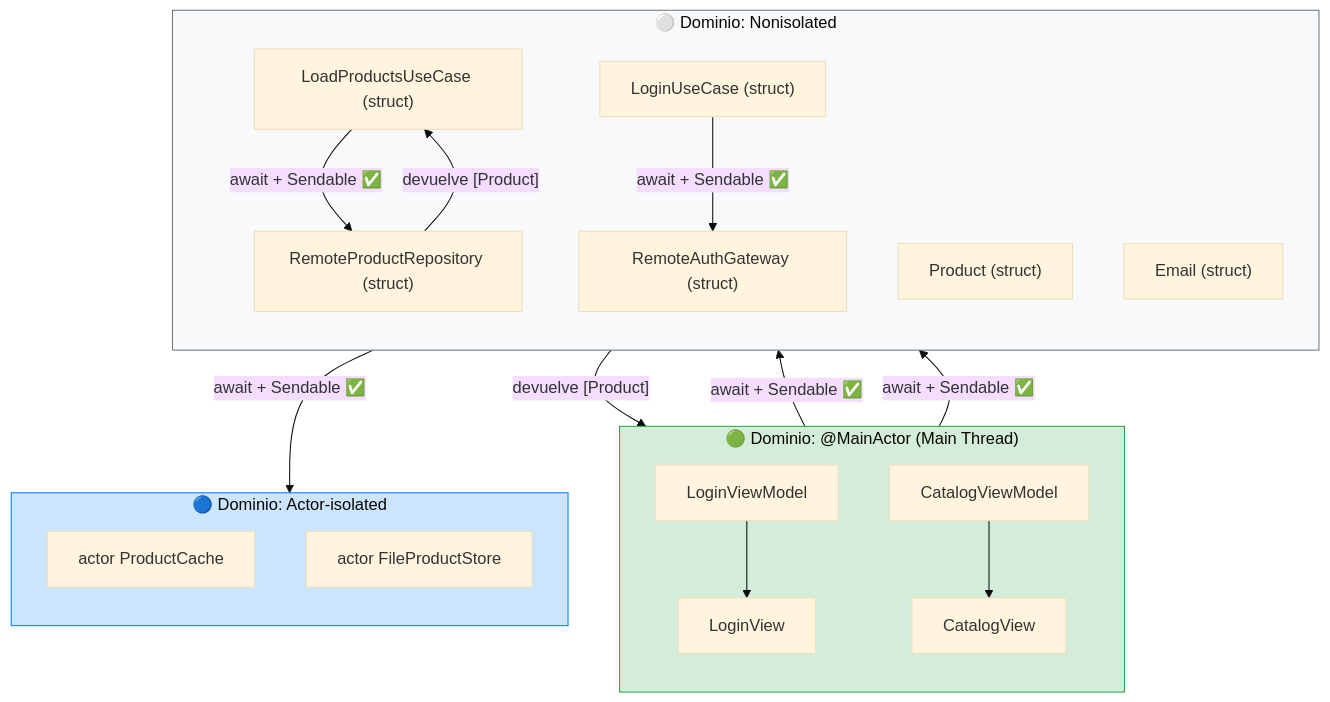
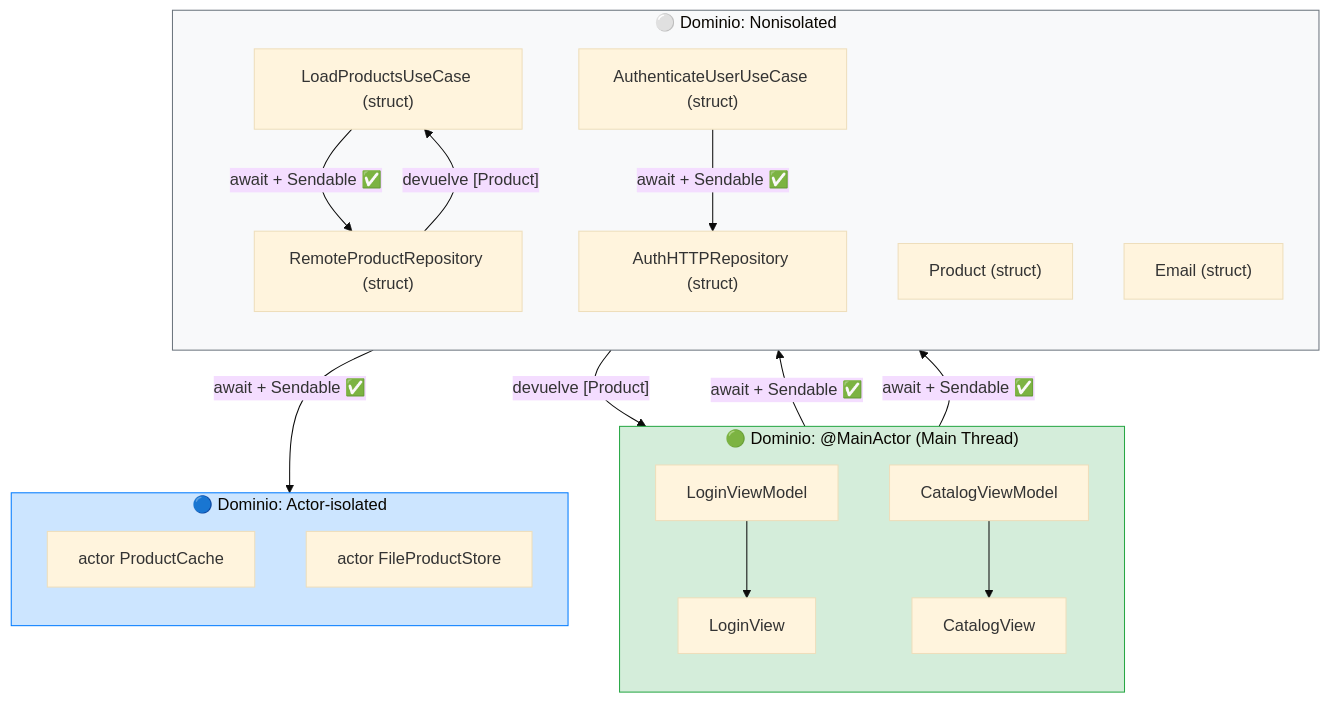
Before and after one commit to SwiftEnProfundidad/stack-my-architecture-ios: the first of 3 diagrams in 05-maestria/01-isolation-domains.md, drawn with Mermaid (base theme). The commit also changed other lines of this file and 50 other files, not shown here.

````diff
--- a/05-maestria/01-isolation-domains.md
+++ b/05-maestria/01-isolation-domains.md
@@ -57,41 +57,41 @@
 ```mermaid
 graph TB
     subgraph MainActor["🟢 Dominio: @MainActor (Main Thread)"]
         direction TB
         LVM["LoginViewModel"]
         CVM["CatalogViewModel"]
         LV["LoginView"]
         CV["CatalogView"]
         LVM --> LV
         CVM --> CV
     end
 
     subgraph ActorDomain["🔵 Dominio: Actor-isolated"]
         direction TB
         PC["actor ProductCache"]
         FPS["actor FileProductStore"]
     end
 
     subgraph Nonisolated["⚪ Dominio: Nonisolated"]
         direction TB
-        LUC["LoginUseCase (struct)"]
+        LUC["AuthenticateUserUseCase (struct)"]
         LPUC["LoadProductsUseCase (struct)"]
-        RAG["RemoteAuthGateway (struct)"]
+        RAG["AuthHTTPRepository (struct)"]
         RPR["RemoteProductRepository (struct)"]
         P["Product (struct)"]
         E["Email (struct)"]
     end
 
     CVM -->|"await + Sendable ✅"| LPUC
     LPUC -->|"await + Sendable ✅"| RPR
     LPUC -->|"await + Sendable ✅"| FPS
     RPR -->|"devuelve [Product]"| LPUC
     LPUC -->|"devuelve [Product]"| CVM
 
     LVM -->|"await + Sendable ✅"| LUC
     LUC -->|"await + Sendable ✅"| RAG
 
     style MainActor fill:#d4edda,stroke:#28a745
     style ActorDomain fill:#cce5ff,stroke:#007bff
     style Nonisolated fill:#f8f9fa,stroke:#6c757d
 ```
````
